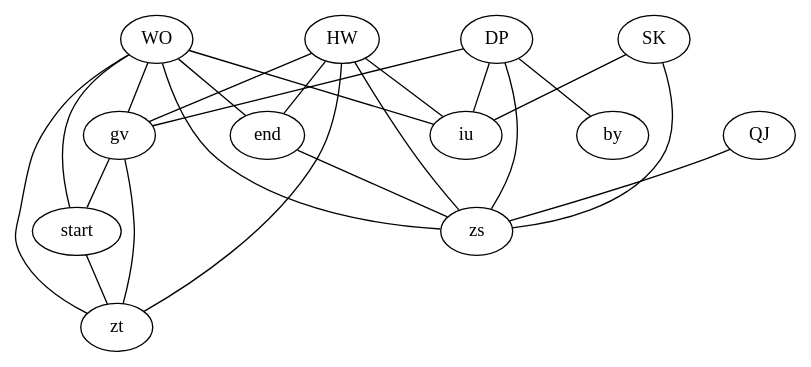
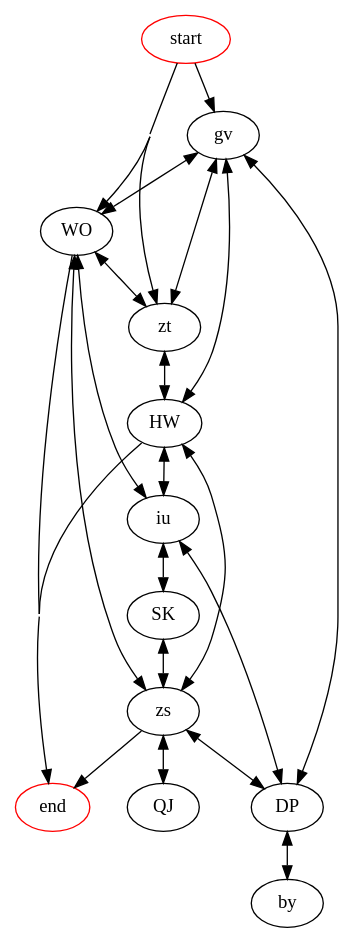
Before and after one commit to andywarduk/aoc2021: the diagram in output12.dot, drawn with Graphviz. The commit also changed 2 other files, not shown here.

```diff
--- a/output12.dot
+++ b/output12.dot
@@ -1,24 +1,19 @@
-graph caves {
-	end -- zs
-	HW -- gv
-	WO -- iu
-	HW -- end
-	gv -- start
-	HW -- iu
-	DP -- by
-	WO -- end
-	SK -- iu
-	WO -- gv
-	HW -- zt
-	DP -- zs
-	HW -- zs
-	WO -- zs
-	gv -- zt
-	start -- zt
-	WO -- zt
-	SK -- zs
-	DP -- gv
-	DP -- iu
-	WO -- start
-	QJ -- zs
+digraph caves {
+	concentrate=true;
+	start [color=red]
+	start -> {gv WO zt};
+	zt -> {WO gv HW};
+	QJ -> {zs};
+	gv -> {zt WO DP HW};
+	iu -> {SK WO HW DP};
+	HW -> {zs zt iu gv};
+	DP -> {zs gv by iu};
+	SK -> {iu zs};
+	WO -> {zs zt iu gv};
+	zs -> {WO QJ DP HW SK};
+	by -> {DP};
+	end [color=red]
+	HW -> {end};
+	WO -> {end};
+	zs -> {end};
 }
```
